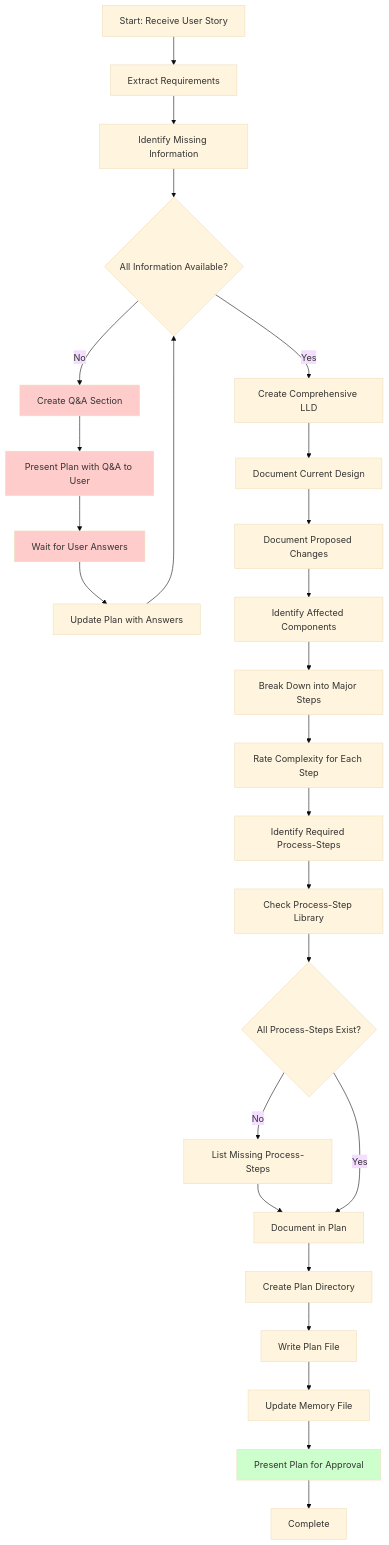
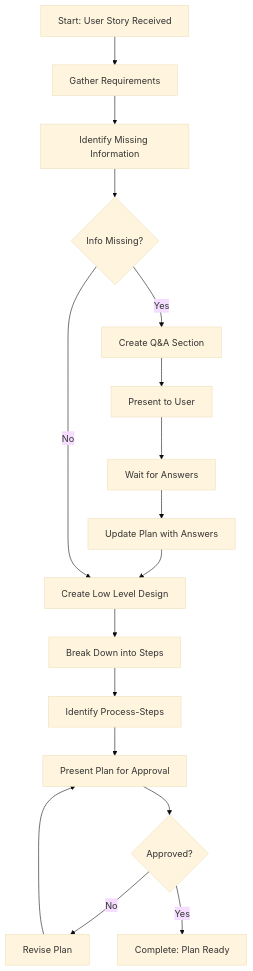
Before and after one commit to HMTools/agentic-processes: the diagram in .processes/steps/planning/create-high-level-plan.md, drawn with Mermaid (base theme). The commit also changed other lines of this file and 73 other files, not shown here.

````diff
--- a/.processes/steps/planning/create-high-level-plan.md
+++ b/.processes/steps/planning/create-high-level-plan.md
@@ -149,33 +124,19 @@
 ```mermaid
-graph TD
-    A[Start: Receive User Story] --> B[Extract Requirements]
+flowchart TD
+    A[Start: User Story Received] --> B[Gather Requirements]
     B --> C[Identify Missing Information]
-    C --> D{All Information Available?}
-    D -->|No| E[Create Q&A Section]
-    E --> F[Present Plan with Q&A to User]
-    F --> G[Wait for User Answers]
+    C --> D{Info Missing?}
+    D -->|Yes| E[Create Q&A Section]
+    E --> F[Present to User]
+    F --> G[Wait for Answers]
     G --> H[Update Plan with Answers]
-    H --> D
-    D -->|Yes| I[Create Comprehensive LLD]
-    I --> J[Document Current Design]
-    J --> K[Document Proposed Changes]
-    K --> L[Identify Affected Components]
-    L --> M[Break Down into Major Steps]
-    M --> N[Rate Complexity for Each Step]
-    N --> O[Identify Required Process-Steps]
-    O --> P[Check Process-Step Library]
-    P --> Q{All Process-Steps Exist?}
-    Q -->|No| R[List Missing Process-Steps]
-    R --> S[Document in Plan]
-    Q -->|Yes| S
-    S --> T[Create Plan Directory]
-    T --> U[Write Plan File]
-    U --> V[Update Memory File]
-    V --> W[Present Plan for Approval]
-    W --> X[Complete]
-
-    style E fill:#ffcccc
-    style F fill:#ffcccc
-    style G fill:#ffcccc
-    style W fill:#ccffcc
+    H --> I[Create Low Level Design]
+    D -->|No| I
+    I --> J[Break Down into Steps]
+    J --> K[Identify Process-Steps]
+    K --> L[Present Plan for Approval]
+    L --> M{Approved?}
+    M -->|No| N[Revise Plan]
+    N --> L
+    M -->|Yes| O[Complete: Plan Ready]
 ```
````
